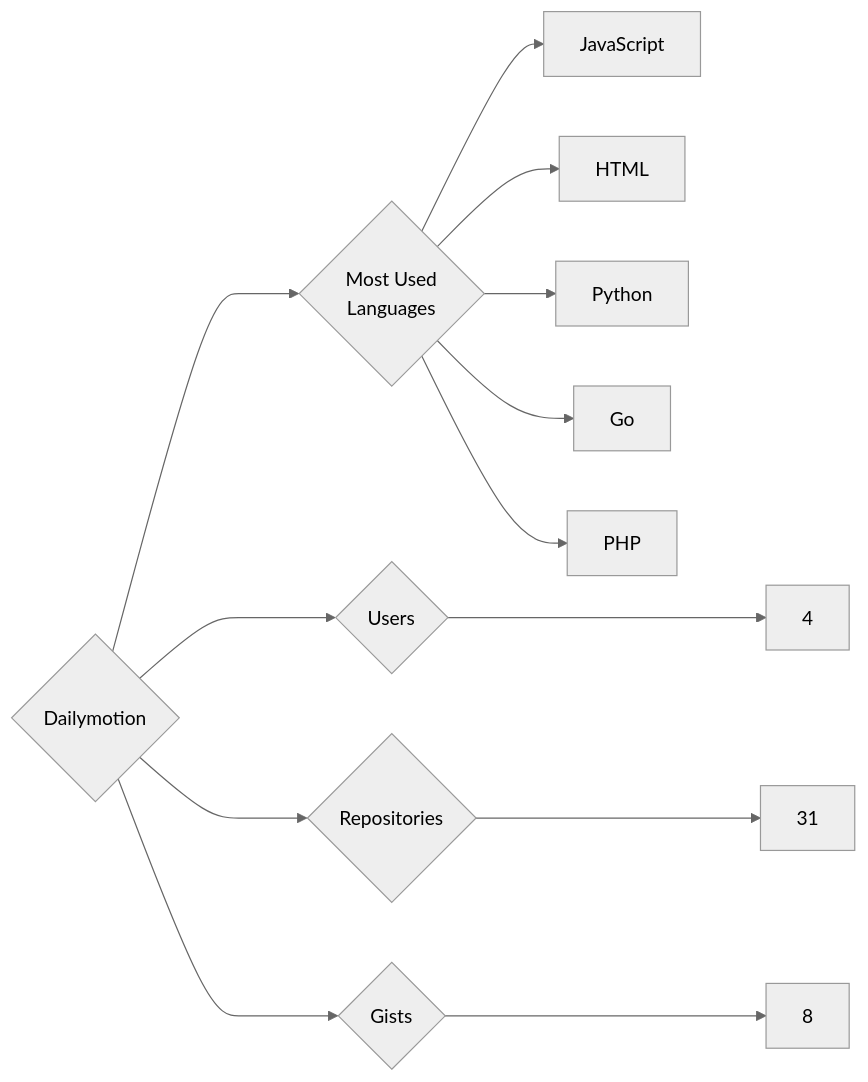
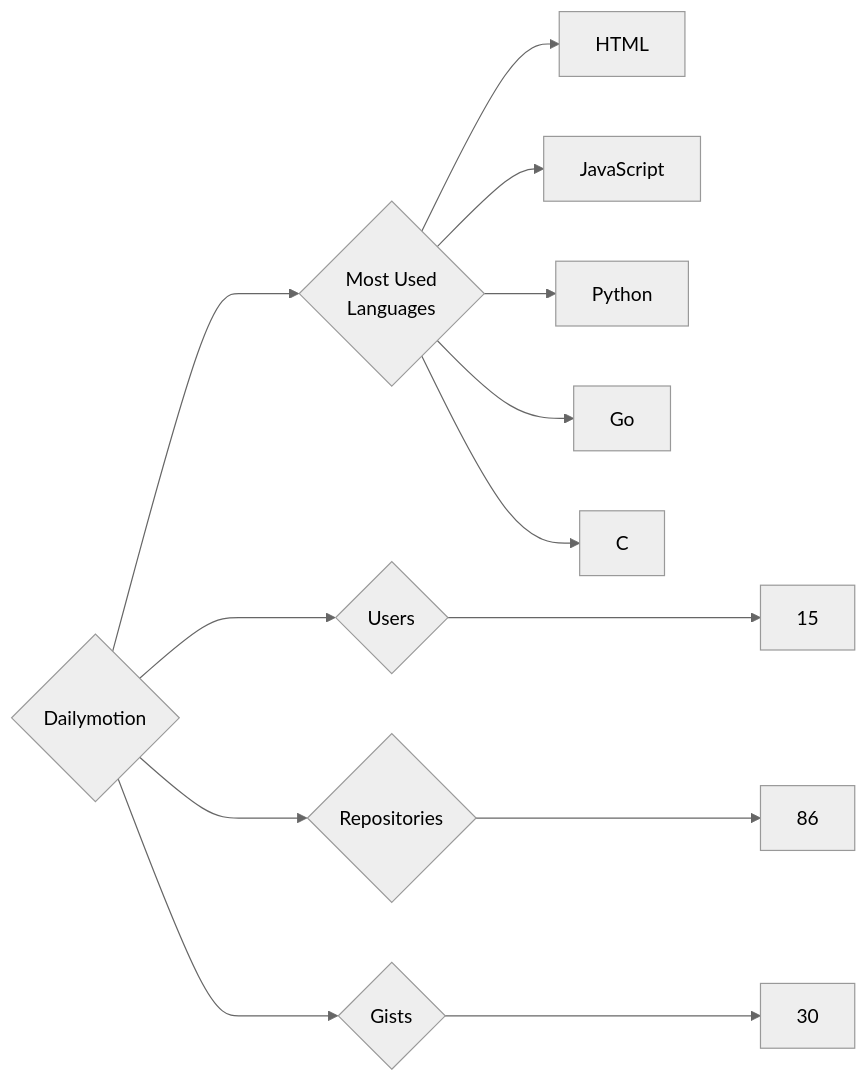
Before and after one commit to trickest/insiders: the diagram in targets/Dailymotion/README.md, drawn with Mermaid (neutral theme). The commit also changed 925 other files, not shown here.

````diff
--- a/targets/Dailymotion/README.md
+++ b/targets/Dailymotion/README.md
@@ -3,13 +3,13 @@
 ```mermaid
 graph LR
 COMPANY_NAME{Dailymotion}
-COMPANY_NAME ---> U{Users} ---> UN[4]
-COMPANY_NAME ---> R{Repositories} ---> RN[31]
-COMPANY_NAME ---> G{Gists} ---> GN[8]
+COMPANY_NAME ---> U{Users} ---> UN[15]
+COMPANY_NAME ---> R{Repositories} ---> RN[86]
+COMPANY_NAME ---> G{Gists} ---> GN[30]
 COMPANY_NAME ---> ML{Most Used<br>Languages}
+ML --> HTML[HTML]
 ML --> JavaScript[JavaScript]
-ML --> HTML[HTML]
 ML --> Python[Python]
 ML --> Go[Go]
-ML --> PHP[PHP]
+ML --> C[C]
 ```
````
